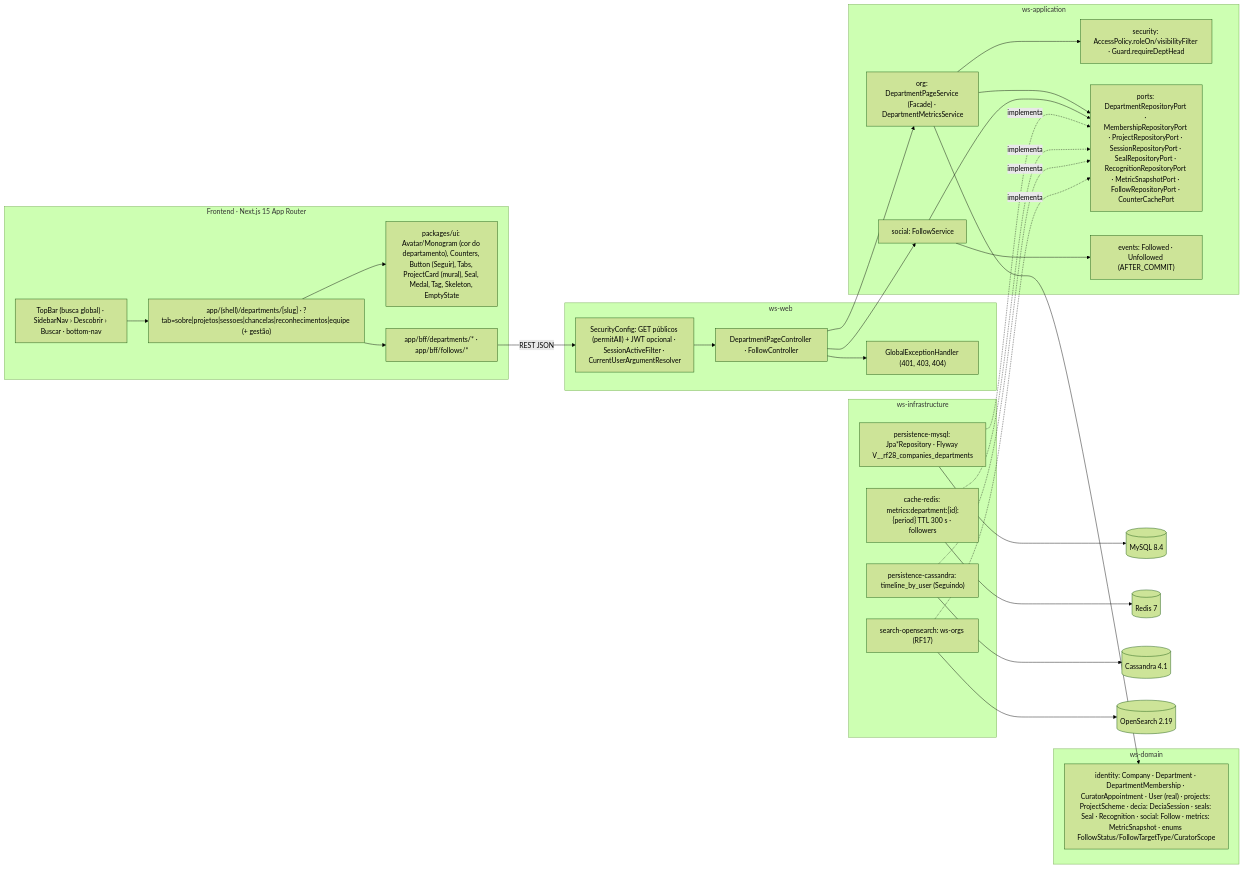
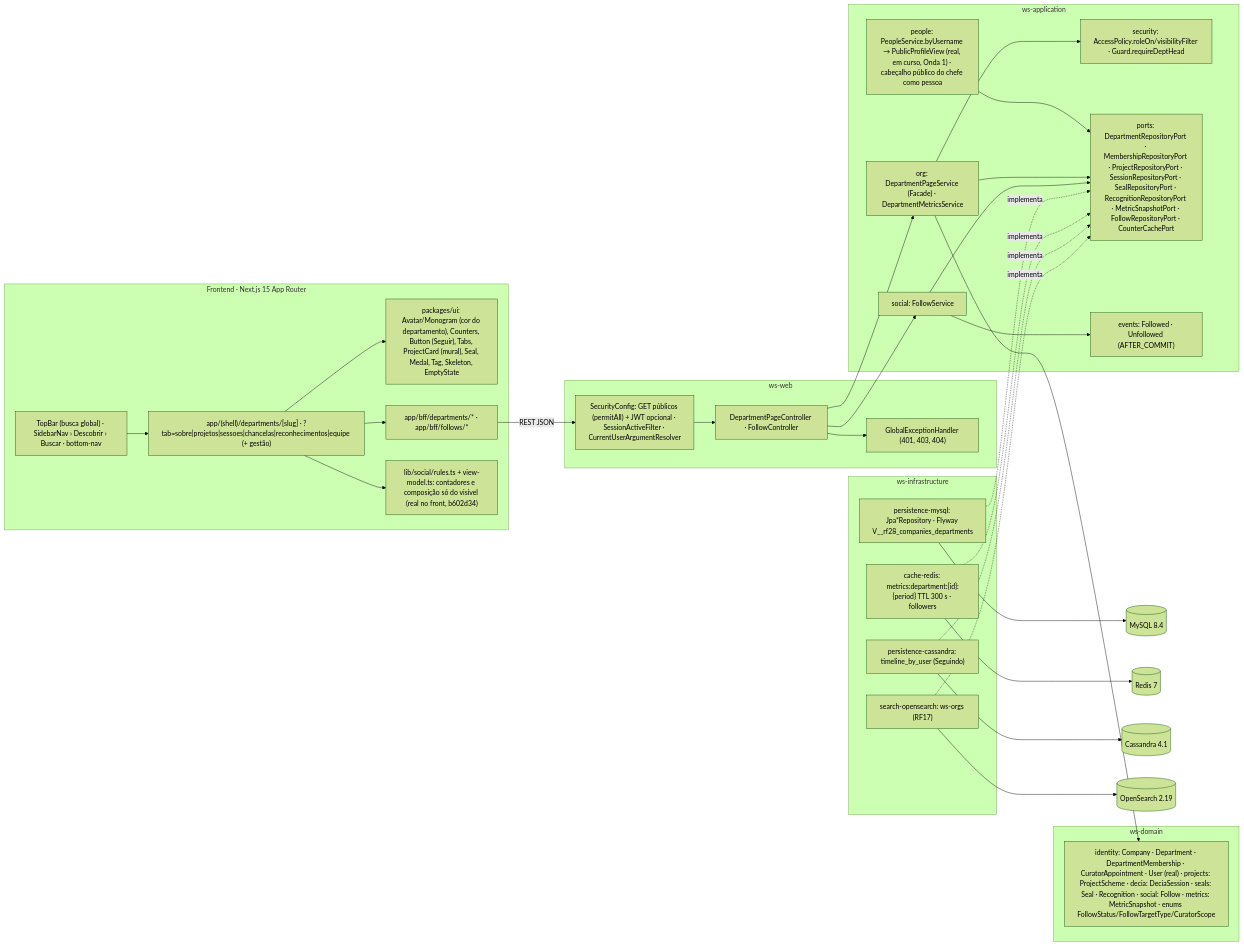
Before and after one commit to MatheusHaliski/Decia-app-2026: the fifth of 5 diagrams in docs/diagramas/RF14/README.md, drawn with Mermaid (forest theme). The commit also changed other lines of this file and 6 other files, not shown here.

First line of the commit message:
docs(diagramas): RF2, RF6, RF14–RF17 com sessão e perfil reais

````diff
--- a/docs/diagramas/RF14/README.md
+++ b/docs/diagramas/RF14/README.md
@@ -424,50 +443,54 @@
 ```mermaid
 flowchart LR
   subgraph FE["Frontend · Next.js 15 App Router"]
     PG["app/(shell)/departments/[slug] · ?tab=sobre|projetos|sessoes|chancelas|reconhecimentos|equipe (+ gestão)"]
     UI["packages/ui: Avatar/Monogram (cor do departamento), Counters, Button (Seguir), Tabs, ProjectCard (mural), Seal, Medal, Tag, Skeleton, EmptyState"]
     SN["TopBar (busca global) · SidebarNav › Descobrir › Buscar · bottom-nav"]
     BFF["app/bff/departments/* · app/bff/follows/*"]
+    SR["lib/social/rules.ts + view-model.ts: contadores e composição só do visível (real no front, b602d34)"]
+    PG --> SR
     PG --> UI
     PG --> BFF
     SN --> PG
   end
   subgraph WSWEB["ws-web"]
     SEC["SecurityConfig: GET públicos (permitAll) + JWT opcional · SessionActiveFilter · CurrentUserArgumentResolver"]
     DC["DepartmentPageController · FollowController"]
     GEH["GlobalExceptionHandler (401, 403, 404)"]
   end
   subgraph WSAPP["ws-application"]
     DP["org: DepartmentPageService (Facade) · DepartmentMetricsService"]
     SOC["social: FollowService"]
     SECU["security: AccessPolicy.roleOn/visibilityFilter · Guard.requireDeptHead"]
     PORTS["ports: DepartmentRepositoryPort · MembershipRepositoryPort · ProjectRepositoryPort · SessionRepositoryPort · SealRepositoryPort · RecognitionRepositoryPort · MetricSnapshotPort · FollowRepositoryPort · CounterCachePort"]
     EVT["events: Followed · Unfollowed (AFTER_COMMIT)"]
+    PPL["people: PeopleService.byUsername → PublicProfileView (real, em curso, Onda 1) · cabeçalho público do chefe como pessoa"]
+    PPL --> PORTS
     DP --> SECU
     DP --> PORTS
     SOC --> PORTS
     SOC --> EVT
   end
   subgraph WSDOM["ws-domain"]
     DOM["identity: Company · Department · DepartmentMembership · CuratorAppointment · User (real) · projects: ProjectScheme · decia: DeciaSession · seals: Seal · Recognition · social: Follow · metrics: MetricSnapshot · enums FollowStatus/FollowTargetType/CuratorScope"]
   end
   subgraph INFRA["ws-infrastructure"]
     MY["persistence-mysql: Jpa*Repository · Flyway V__rf28_companies_departments"]
     RDS["cache-redis: metrics:department:{id}:{period} TTL 300 s · followers"]
     CAS["persistence-cassandra: timeline_by_user (Seguindo)"]
     OSE["search-opensearch: ws-orgs (RF17)"]
   end
 
   BFF -->|"REST JSON"| SEC --> DC --> DP
   DC --> SOC
   DC --> GEH
   MY -.implementa.-> PORTS
   RDS -.implementa.-> PORTS
   CAS -.implementa.-> PORTS
   OSE -.implementa.-> PORTS
   DP --> DOM
   MY --> DB[("MySQL 8.4")]
   RDS --> RD[("Redis 7")]
   CAS --> CDB[("Cassandra 4.1")]
   OSE --> OSX[("OpenSearch 2.19")]
 ```
````
